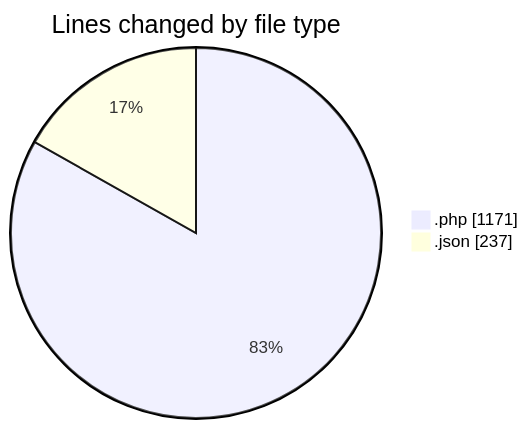
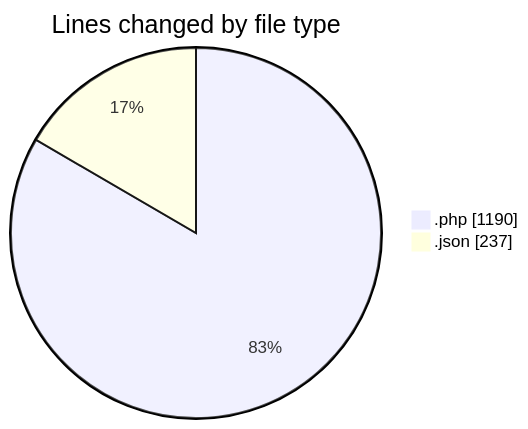
The first of 2 diagrams in 2025-06-13/studio-backend/README.md (idhammustaqopulfikri/code-tracking), drawn with Mermaid before and after one commit. The commit also changed other lines of this file and 1 other file, not shown here.

````diff
--- a/2025-06-13/studio-backend/README.md
+++ b/2025-06-13/studio-backend/README.md
@@ -30,6 +30,6 @@
 ```mermaid
 pie showData
 title Lines changed by file type
-".php" : 1171
+".php" : 1190
 ".json" : 237
 ```
````
